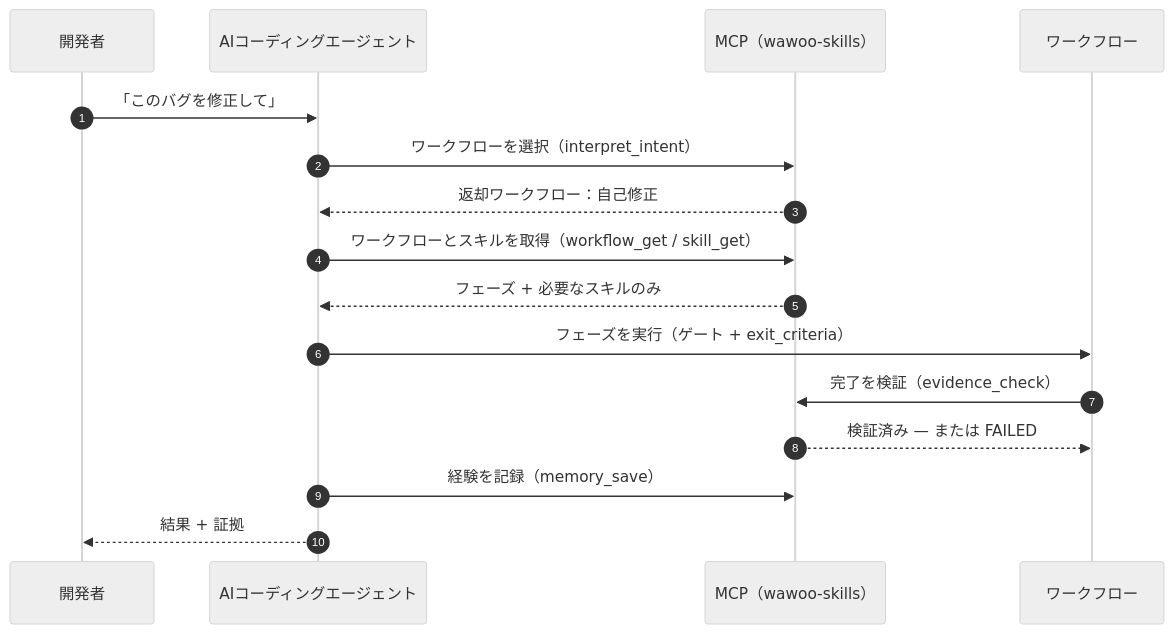
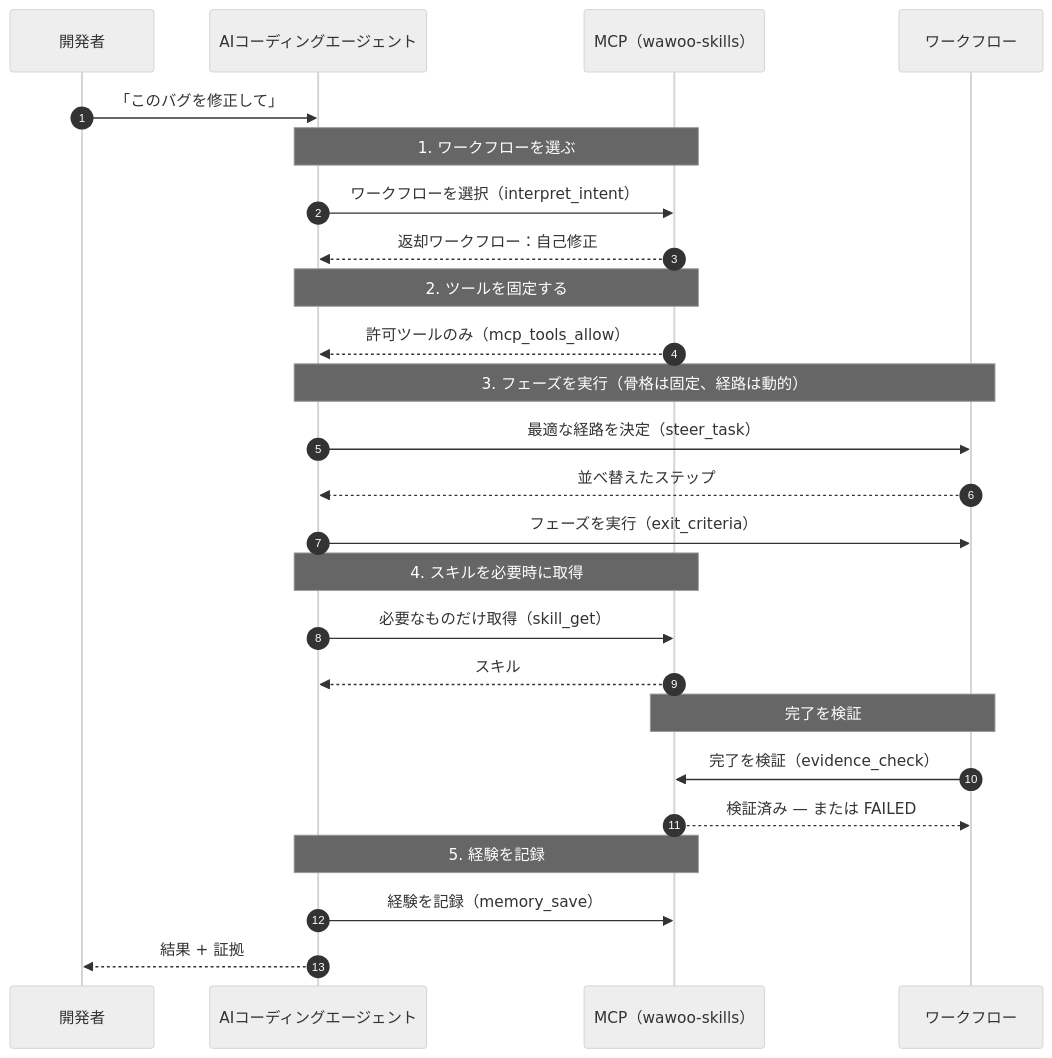
Before and after one commit to parkwoo/wawoo-agent-skills: the diagram in README.ja.md, drawn with Mermaid (neutral theme). The commit also changed 3 other files, not shown here.

Commit message:
docs: number the sequence diagram to match the five components (dynamic path inside step 3)

````diff
--- a/README.ja.md
+++ b/README.ja.md
@@ -62,18 +62,27 @@
 ```mermaid
 sequenceDiagram
     autonumber
     participant U as 開発者
     participant A as AIコーディングエージェント
     participant M as MCP（wawoo-skills）
     participant W as ワークフロー
     U->>A: 「このバグを修正して」
+    Note over A,M: 1. ワークフローを選ぶ
     A->>M: ワークフローを選択（interpret_intent）
     M-->>A: 返却ワークフロー：自己修正
-    A->>M: ワークフローとスキルを取得（workflow_get / skill_get）
-    M-->>A: フェーズ + 必要なスキルのみ
-    A->>W: フェーズを実行（ゲート + exit_criteria）
+    Note over A,M: 2. ツールを固定する
+    M-->>A: 許可ツールのみ（mcp_tools_allow）
+    Note over A,W: 3. フェーズを実行（骨格は固定、経路は動的）
+    A->>W: 最適な経路を決定（steer_task）
+    W-->>A: 並べ替えたステップ
+    A->>W: フェーズを実行（exit_criteria）
+    Note over A,M: 4. スキルを必要時に取得
+    A->>M: 必要なものだけ取得（skill_get）
+    M-->>A: スキル
+    Note over W,M: 完了を検証
     W->>M: 完了を検証（evidence_check）
     M-->>W: 検証済み — または FAILED
+    Note over A,M: 5. 経験を記録
     A->>M: 経験を記録（memory_save）
     A-->>U: 結果 + 証拠
 ```
````
